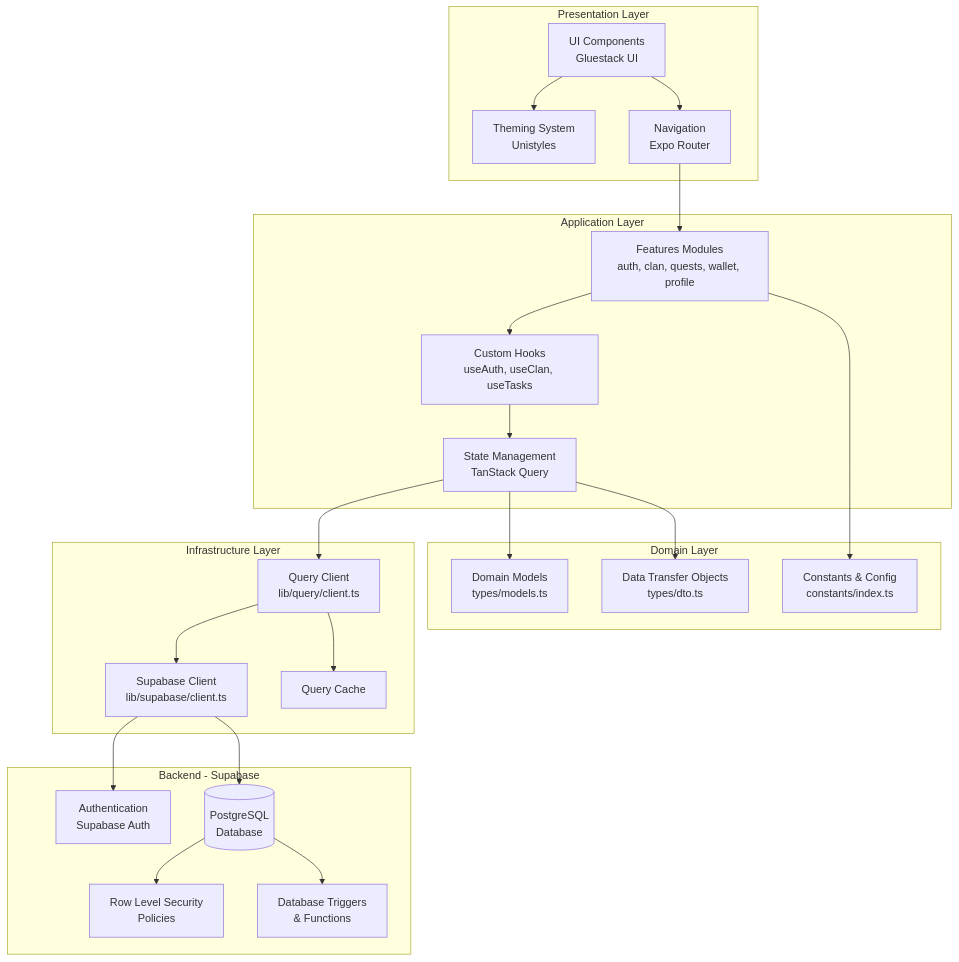
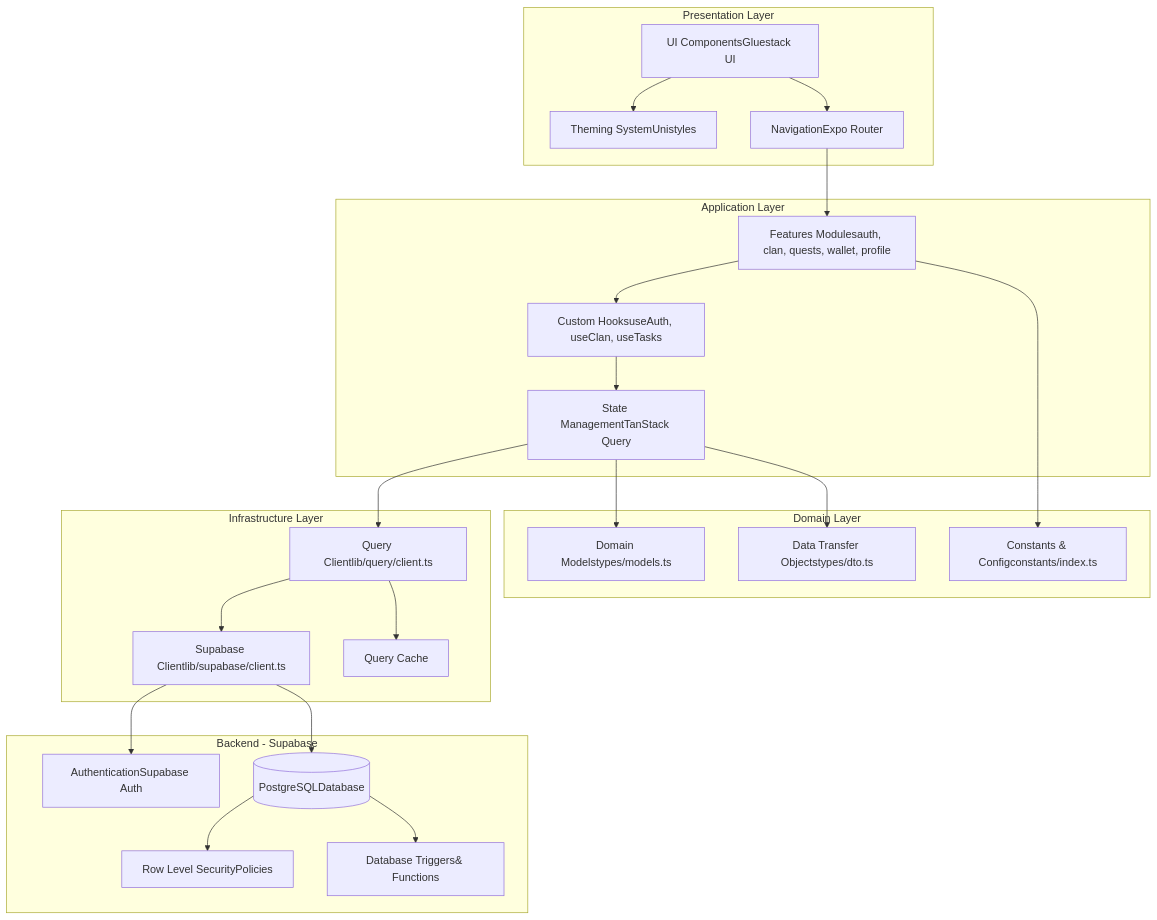
Before and after one commit to jesusrdev/clan-finance: the third of 5 diagrams in docs/architecture/DIAGRAMAS.md, drawn with Mermaid. The commit also changed other lines of this file and 1 other file, not shown here.

Commit message:
docs: fix mermaid diagrams

````diff
--- a/docs/architecture/DIAGRAMAS.md
+++ b/docs/architecture/DIAGRAMAS.md
@@ -199,49 +199,49 @@
 ```mermaid
 graph TB
     subgraph "Presentation Layer"
-        UI[UI Components<br/>Gluestack UI]
-        Themes[Theming System<br/>Unistyles]
-        Router[Navigation<br/>Expo Router]
+        UI[UI ComponentsGluestack UI]
+        Themes[Theming SystemUnistyles]
+        Router[NavigationExpo Router]
     end
 
     subgraph "Application Layer"
-        Features[Features Modules<br/>auth, clan, quests, wallet, profile]
-        Hooks[Custom Hooks<br/>useAuth, useClan, useTasks]
-        State[State Management<br/>TanStack Query]
+        Features[Features Modulesauth, clan, quests, wallet, profile]
+        Hooks[Custom HooksuseAuth, useClan, useTasks]
+        State[State ManagementTanStack Query]
     end
 
     subgraph "Domain Layer"
-        Models[Domain Models<br/>types/models.ts]
-        DTOs[Data Transfer Objects<br/>types/dto.ts]
-        Constants[Constants & Config<br/>constants/index.ts]
+        Models[Domain Modelstypes/models.ts]
+        DTOs[Data Transfer Objectstypes/dto.ts]
+        Constants[Constants & Configconstants/index.ts]
     end
 
     subgraph "Infrastructure Layer"
-        SupabaseClient[Supabase Client<br/>lib/supabase/client.ts]
-        QueryClient[Query Client<br/>lib/query/client.ts]
+        SupabaseClient[Supabase Clientlib/supabase/client.ts]
+        QueryClient[Query Clientlib/query/client.ts]
         Cache[Query Cache]
     end
 
     subgraph "Backend - Supabase"
-        Auth[Authentication<br/>Supabase Auth]
-        DB[(PostgreSQL<br/>Database)]
-        RLS[Row Level Security<br/>Policies]
-        Triggers[Database Triggers<br/>& Functions]
+        Auth[AuthenticationSupabase Auth]
+        DB[(PostgreSQLDatabase)]
+        RLS[Row Level SecurityPolicies]
+        Triggers[Database Triggers& Functions]
     end
 
     UI --> Router
     UI --> Themes
     Router --> Features
     Features --> Hooks
     Hooks --> State
     State --> Models
     State --> DTOs
     Features --> Constants
     State --> QueryClient
     QueryClient --> Cache
     QueryClient --> SupabaseClient
     SupabaseClient --> Auth
     SupabaseClient --> DB
     DB --> RLS
     DB --> Triggers
 ```
````
